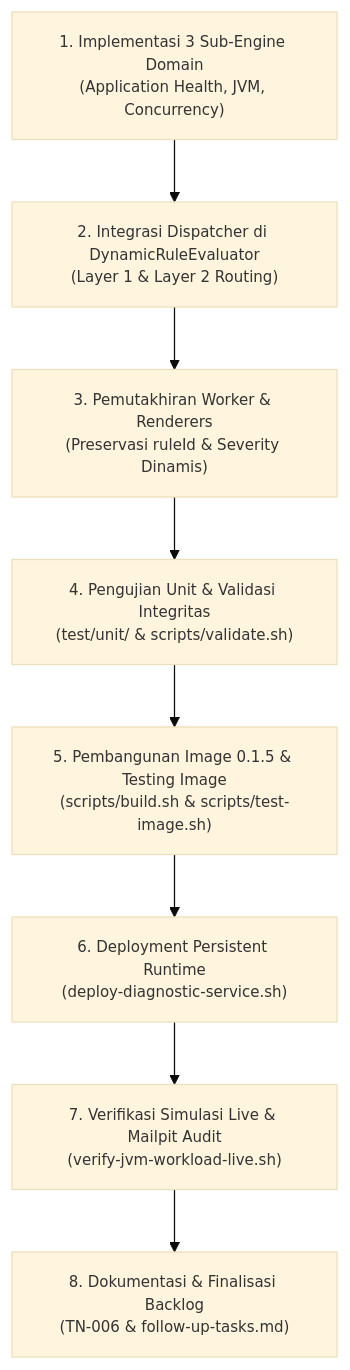
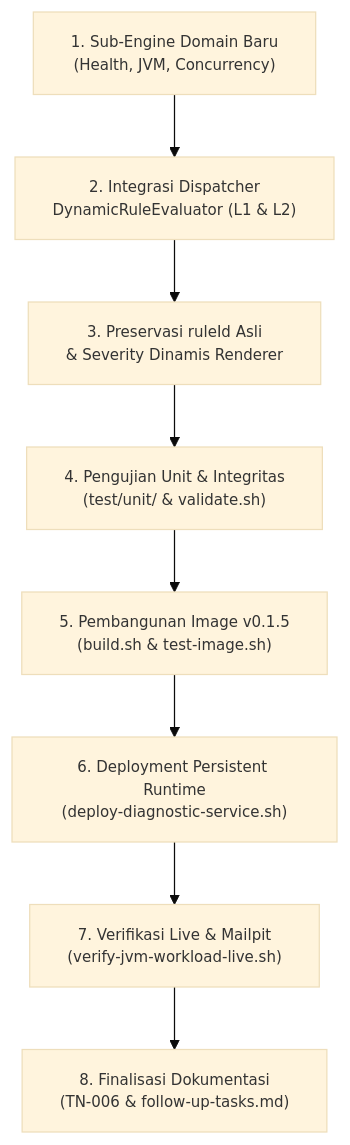
One commit to edkas07-oss/devops-handbook changed the first of 2 diagrams in docs/projects/tomcat-monitoring/engineering-journal/monitoring-platform-integration/TN-006-implement-multi-domain-diagnostic-dispatcher-and-decision-engines.md. Above: the diagram before and after it, drawn with Mermaid. The commit also changed other lines of this file and 1 other file, not shown here.

Commit message:
docs(journal): refine mermaid diagram layout and wrap labels to prevent box overflow

````diff
--- a/docs/projects/tomcat-monitoring/engineering-journal/monitoring-platform-integration/TN-006-implement-multi-domain-diagnostic-dispatcher-and-decision-engines.md
+++ b/docs/projects/tomcat-monitoring/engineering-journal/monitoring-platform-integration/TN-006-implement-multi-domain-diagnostic-dispatcher-and-decision-engines.md
@@ -88,17 +88,17 @@
 ```mermaid
 %%{init: {
   'theme': 'base',
   'themeVariables': {
     'edgeLabelBackground': 'transparent',
     'fontSize': '12px'
   }
 }}%%
 flowchart TD
-    T1["1. Implementasi 3 Sub-Engine Domain<br/>(Application Health, JVM, Concurrency)"] --> T2["2. Integrasi Dispatcher di DynamicRuleEvaluator<br/>(Layer 1 & Layer 2 Routing)"]
-    T2 --> T3["3. Pemutakhiran Worker & Renderers<br/>(Preservasi ruleId & Severity Dinamis)"]
-    T3 --> T4["4. Pengujian Unit & Validasi Integritas<br/>(test/unit/ & scripts/validate.sh)"]
-    T4 --> T5["5. Pembangunan Image 0.1.5 & Testing Image<br/>(scripts/build.sh & scripts/test-image.sh)"]
+    T1["1. Sub-Engine Domain Baru<br/>(Health, JVM, Concurrency)"] --> T2["2. Integrasi Dispatcher<br/>DynamicRuleEvaluator (L1 & L2)"]
+    T2 --> T3["3. Preservasi ruleId Asli<br/>& Severity Dinamis Renderer"]
+    T3 --> T4["4. Pengujian Unit & Integritas<br/>(test/unit/ & validate.sh)"]
+    T4 --> T5["5. Pembangunan Image v0.1.5<br/>(build.sh & test-image.sh)"]
     T5 --> T6["6. Deployment Persistent Runtime<br/>(deploy-diagnostic-service.sh)"]
-    T6 --> T7["7. Verifikasi Simulasi Live & Mailpit Audit<br/>(verify-jvm-workload-live.sh)"]
-    T7 --> T8["8. Dokumentasi & Finalisasi Backlog<br/>(TN-006 & follow-up-tasks.md)"]
+    T6 --> T7["7. Verifikasi Live & Mailpit<br/>(verify-jvm-workload-live.sh)"]
+    T7 --> T8["8. Finalisasi Dokumentasi<br/>(TN-006 & follow-up-tasks.md)"]
 ```
````
